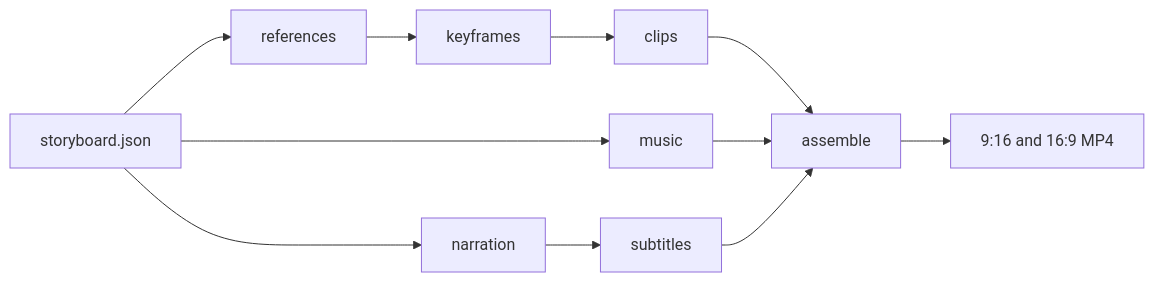
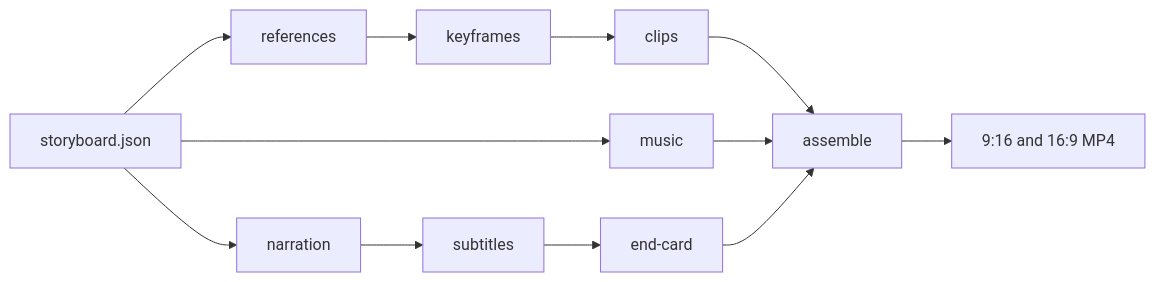
One commit to aderawmolla/ai-studio changed the diagram in docs/ARCHITECTURE.md. Above: the diagram before and after it, drawn with Mermaid. The commit also changed other lines of this file and 16 other files, not shown here.

````diff
--- a/docs/ARCHITECTURE.md
+++ b/docs/ARCHITECTURE.md
@@ -23,14 +23,15 @@
 ```mermaid
 flowchart LR
   sb[storyboard.json]
   sb --> ref[references]
   ref --> kf[keyframes]
   kf --> vid[clips]
   sb --> nar[narration]
   sb --> mus[music]
   nar --> sub[subtitles]
+  sub --> ec[end-card]
   vid --> asm[assemble]
   mus --> asm
-  sub --> asm
+  ec --> asm
   asm --> out[9:16 and 16:9 MP4]
 ```
````
